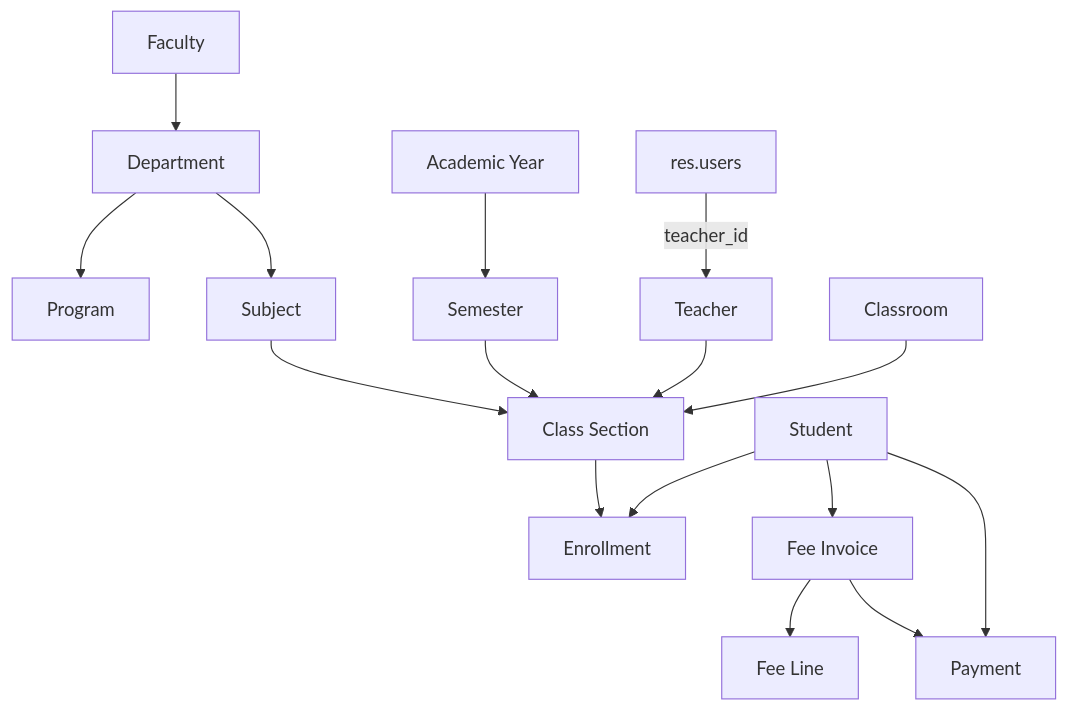
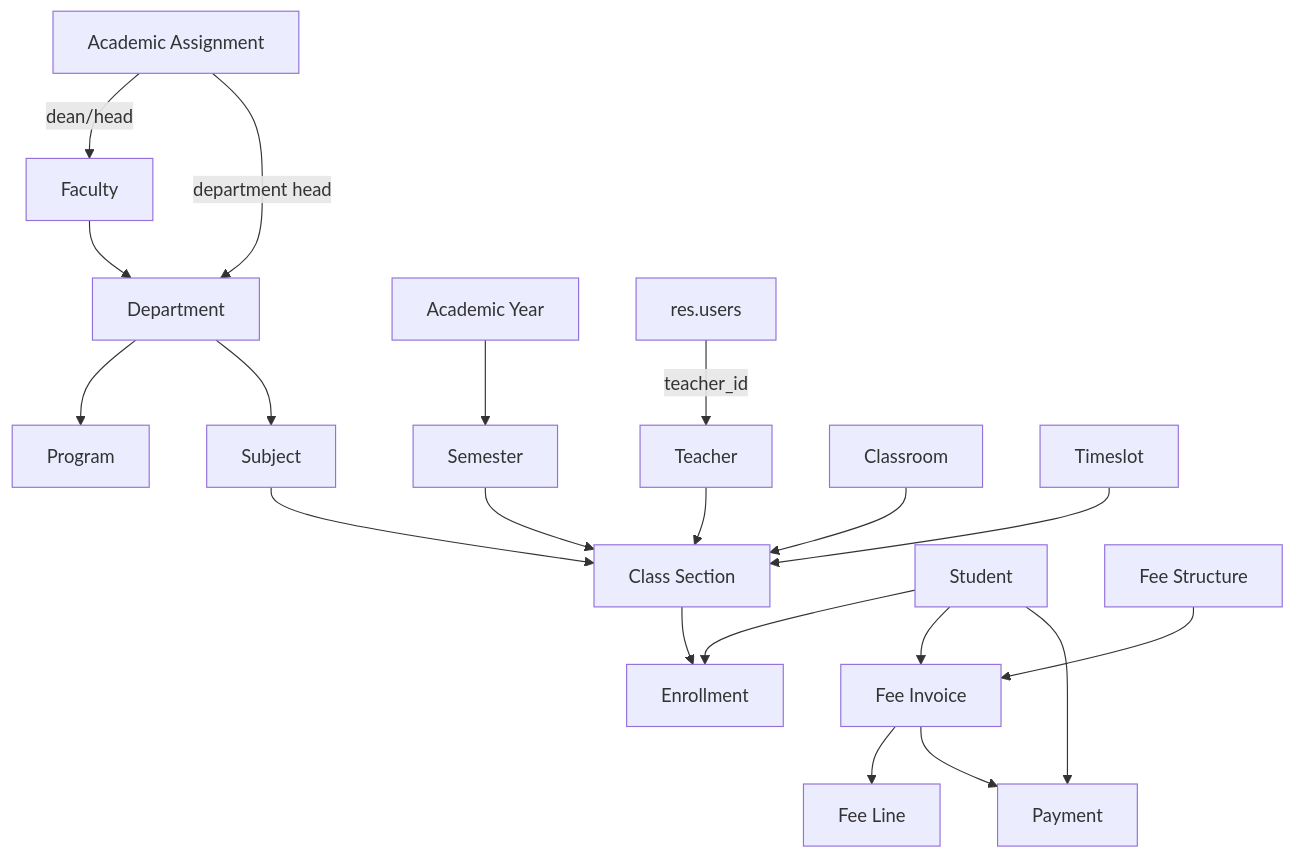
One commit to Sothearith22/odoo changed the diagram in custom/school_management/document/project_overview.md. Above: the diagram before and after it, drawn with Mermaid. The commit also changed other lines of this file and 62 other files, not shown here.

````diff
--- a/custom/school_management/document/project_overview.md
+++ b/custom/school_management/document/project_overview.md
@@ -59,22 +97,27 @@
 ```mermaid
 flowchart TB
     FAC[Faculty] --> DEP[Department]
     DEP --> PROG[Program]
     DEP --> SUBJ[Subject]
 
     AY[Academic Year] --> SEM[Semester]
     SUBJ --> SEC[Class Section]
     SEM --> SEC
     TCH[Teacher] --> SEC
     ROOM[Classroom] --> SEC
+    TS[Timeslot] --> SEC
 
     STU[Student] --> ENR[Enrollment]
     SEC --> ENR
 
     STU --> FEE[Fee Invoice]
     FEE --> LINE[Fee Line]
     FEE --> PAY[Payment]
     STU --> PAY
+    FS[Fee Structure] --> FEE
+
+    ASG[Academic Assignment] -->|dean/head| FAC
+    ASG -->|department head| DEP
 
     USER[res.users] -->|teacher_id| TCH
 ```
````
